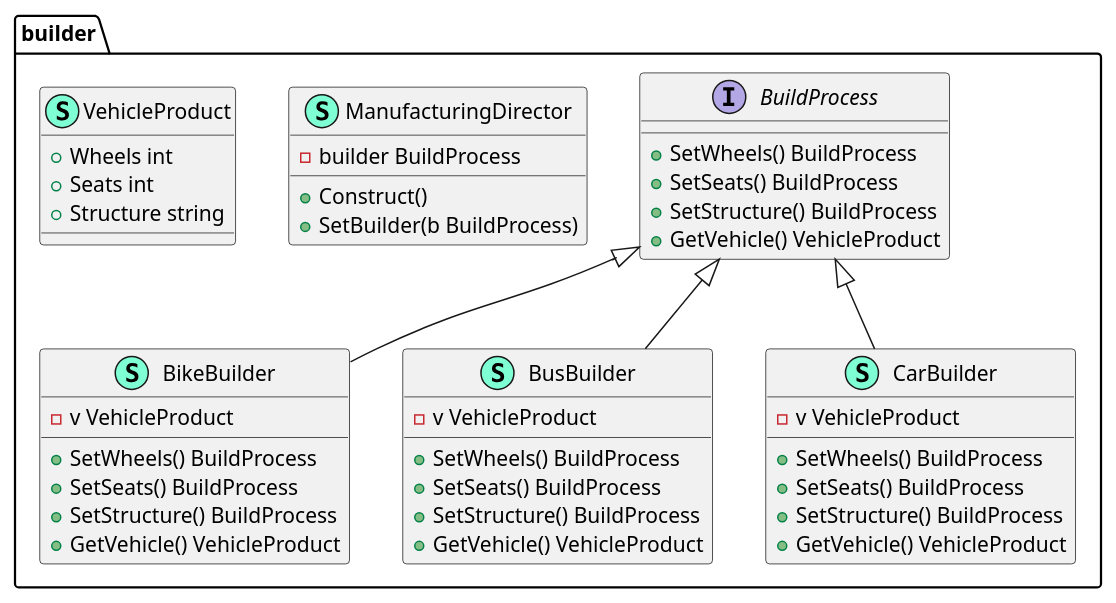
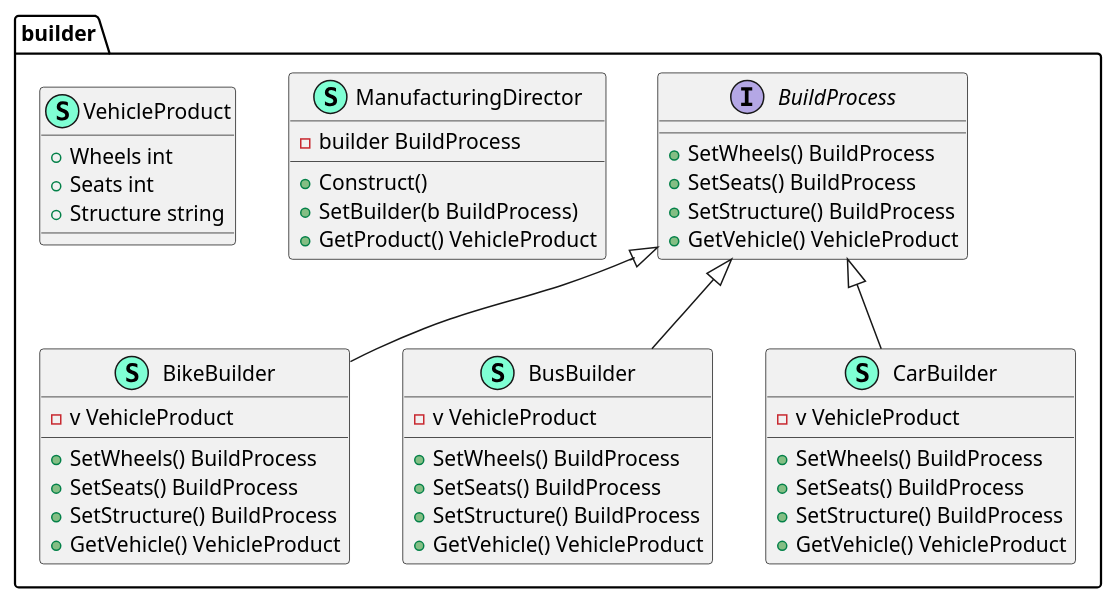
One commit to huayun321/go-design-patterns changed the diagram in creational/builder/builder.puml. Above: the diagram before and after it, drawn with PlantUML. The commit also changed 3 other files, not shown here.

Commit message:
add sequence to builder

```diff
--- a/creational/builder/builder.puml
+++ b/creational/builder/builder.puml
@@ -1,56 +1,57 @@
 @startuml
 namespace builder {
     class BikeBuilder << (S,Aquamarine) >> {
         - v VehicleProduct
 
         + SetWheels() BuildProcess
         + SetSeats() BuildProcess
         + SetStructure() BuildProcess
         + GetVehicle() VehicleProduct
 
     }
     interface BuildProcess  {
         + SetWheels() BuildProcess
         + SetSeats() BuildProcess
         + SetStructure() BuildProcess
         + GetVehicle() VehicleProduct
 
     }
     class BusBuilder << (S,Aquamarine) >> {
         - v VehicleProduct
 
         + SetWheels() BuildProcess
         + SetSeats() BuildProcess
         + SetStructure() BuildProcess
         + GetVehicle() VehicleProduct
 
     }
     class CarBuilder << (S,Aquamarine) >> {
         - v VehicleProduct
 
         + SetWheels() BuildProcess
         + SetSeats() BuildProcess
         + SetStructure() BuildProcess
         + GetVehicle() VehicleProduct
 
     }
     class ManufacturingDirector << (S,Aquamarine) >> {
         - builder BuildProcess
 
         + Construct() 
         + SetBuilder(b BuildProcess) 
+        + GetProduct() VehicleProduct
 
     }
     class VehicleProduct << (S,Aquamarine) >> {
         + Wheels int
         + Seats int
         + Structure string
 
     }
 }
 
 "builder.BuildProcess" <|-- "builder.BikeBuilder"
 "builder.BuildProcess" <|-- "builder.BusBuilder"
 "builder.BuildProcess" <|-- "builder.CarBuilder"
 
 @enduml
```
